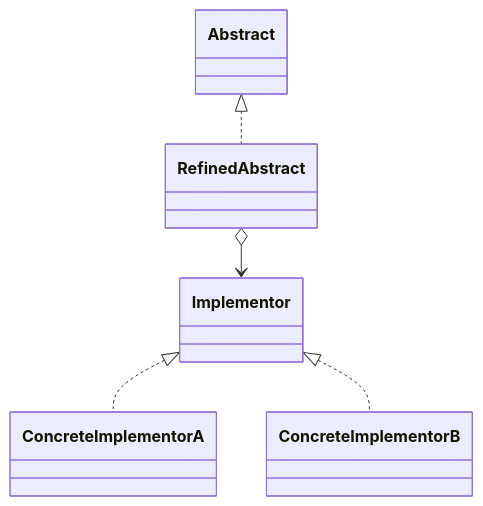
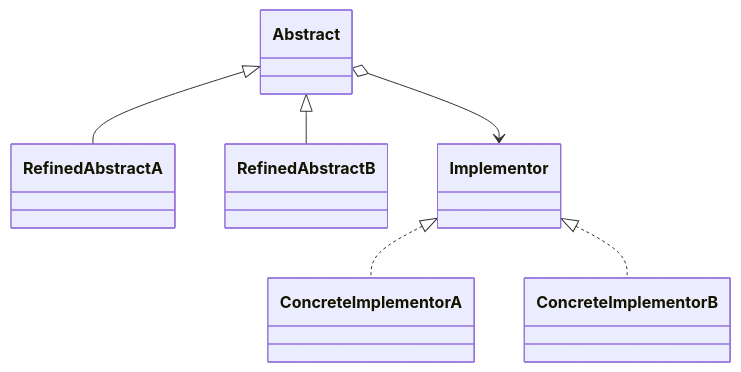
The diagram in src/patterns/structural/bridge/README.md (sunxingboo/design-pattern-in-rust), drawn with Mermaid before and after one commit.

Commit message:
adjust demo code of bridge pattern

````diff
--- a/src/patterns/structural/bridge/README.md
+++ b/src/patterns/structural/bridge/README.md
@@ -7,28 +7,33 @@
 ```mermaid
 classDiagram
     class Abstract {
         
     }
     
-    class RefinedAbstract {
+    class RefinedAbstractA {
         
+    }
+
+    class RefinedAbstractB {
+
     }
     
     class Implementor {
         
     }
     
     class ConcreteImplementorA {
         
     }
 
     class ConcreteImplementorB {
 
     }
     
-    Abstract <|.. RefinedAbstract
+    Abstract <|-- RefinedAbstractA
+    Abstract <|-- RefinedAbstractB
     Implementor <|.. ConcreteImplementorA
     Implementor <|.. ConcreteImplementorB
-    RefinedAbstract o--> Implementor
+    Abstract o--> Implementor
     
 ```
````
